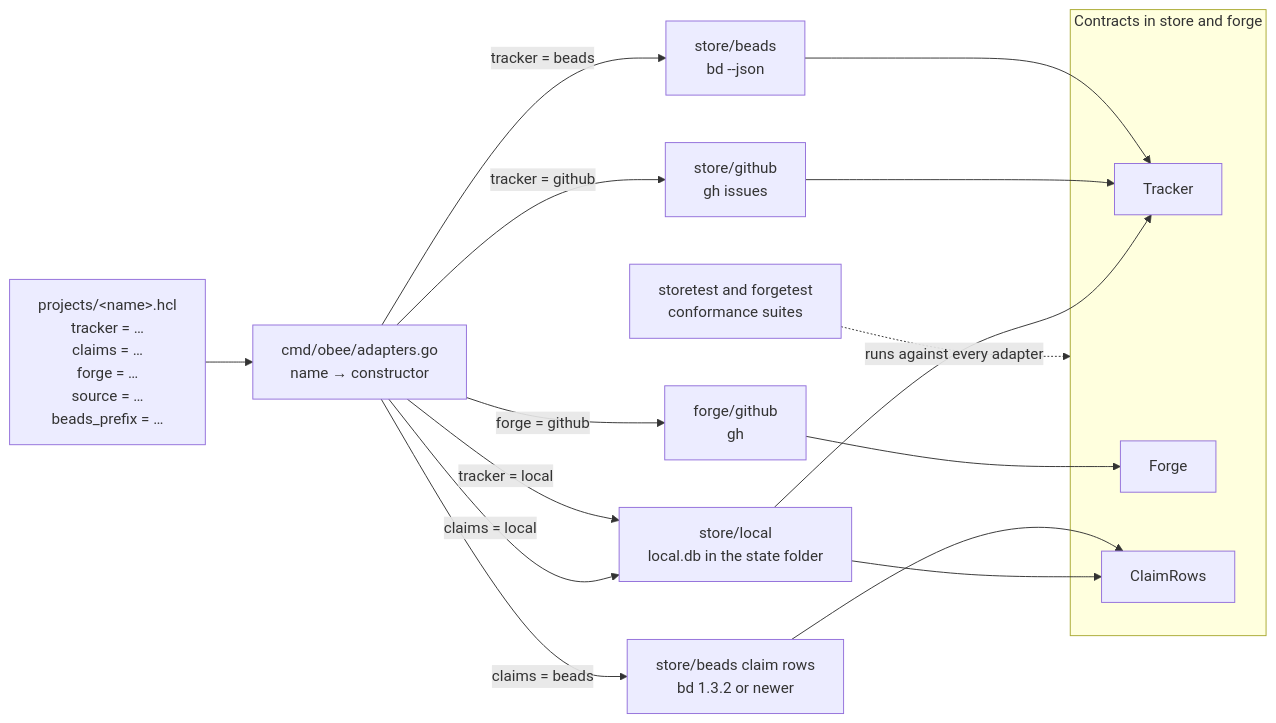
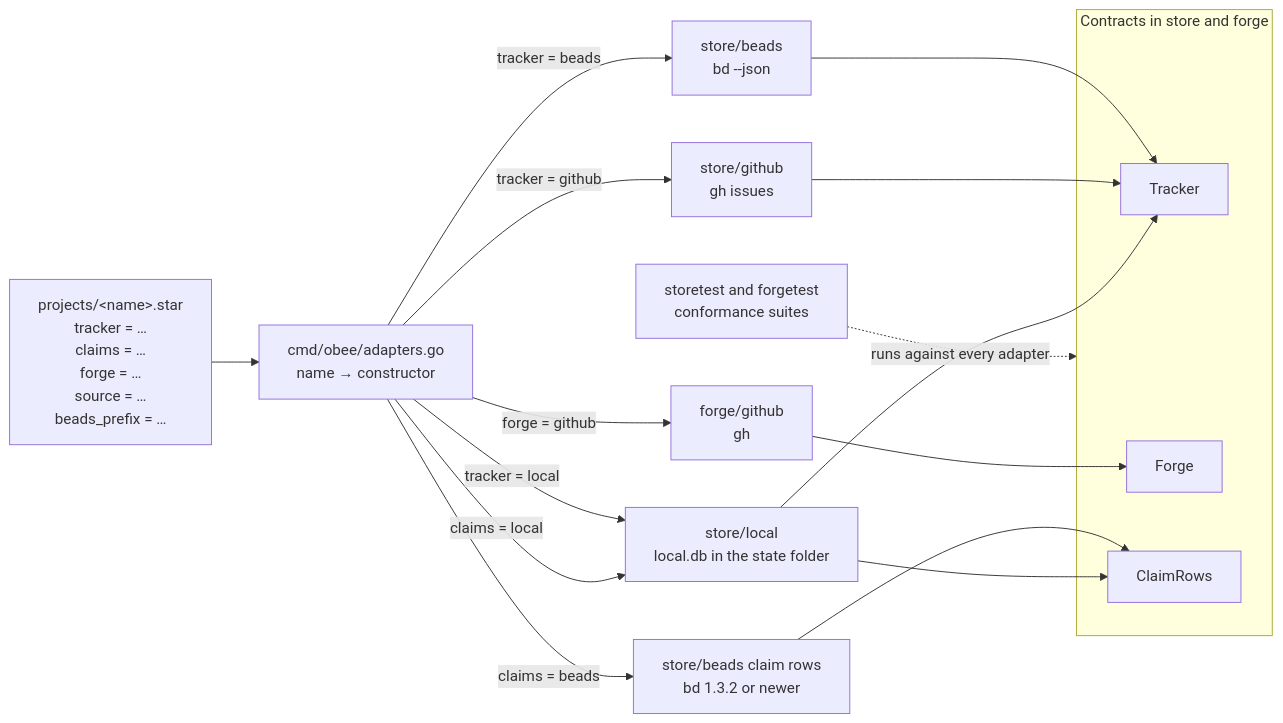
Before and after one commit to tobocop2/beehave: the second of 3 diagrams in docs/architecture.md, drawn with Mermaid. The commit also changed other lines of this file and 54 other files, not shown here.

````diff
--- a/docs/architecture.md
+++ b/docs/architecture.md
@@ -228,34 +221,34 @@
 ```mermaid
 flowchart LR
-    project["projects/&lt;name&gt;.hcl<br/>tracker = …<br/>claims = …<br/>forge = …<br/>source = …<br/>beads_prefix = …"]
+    project["projects/&lt;name&gt;.star<br/>tracker = …<br/>claims = …<br/>forge = …<br/>source = …<br/>beads_prefix = …"]
     table["cmd/obee/adapters.go<br/>name → constructor"]
 
     subgraph contracts["Contracts in store and forge"]
         Tracker
         Forge
         ClaimRows
     end
 
     beads["store/beads<br/>bd --json"]
     ghissues["store/github<br/>gh issues"]
     github["forge/github<br/>gh"]
     lease["store/beads claim rows<br/>bd 1.3.2 or newer"]
     localdb["store/local<br/>local.db in the state folder"]
 
     project --> table
     table -- "tracker = beads" --> beads
     table -- "tracker = github" --> ghissues
     table -- "tracker = local" --> localdb
     table -- "forge = github" --> github
     table -- "claims = beads" --> lease
     table -- "claims = local" --> localdb
 
     beads --> Tracker
     ghissues --> Tracker
     localdb --> Tracker
     github --> Forge
     lease --> ClaimRows
     localdb --> ClaimRows
 
     suite["storetest and forgetest<br/>conformance suites"] -. "runs against every adapter" .-> contracts
 ```
````
